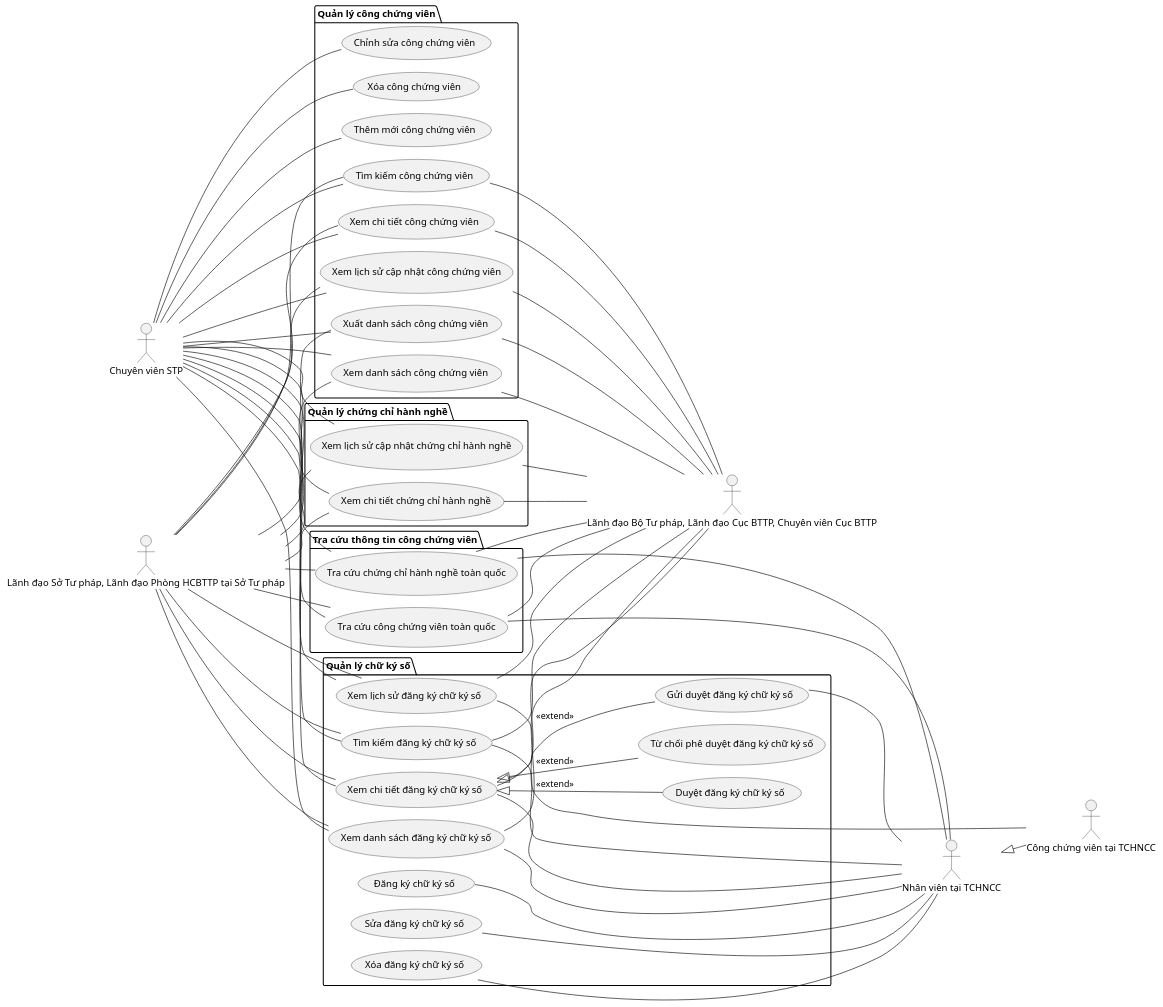
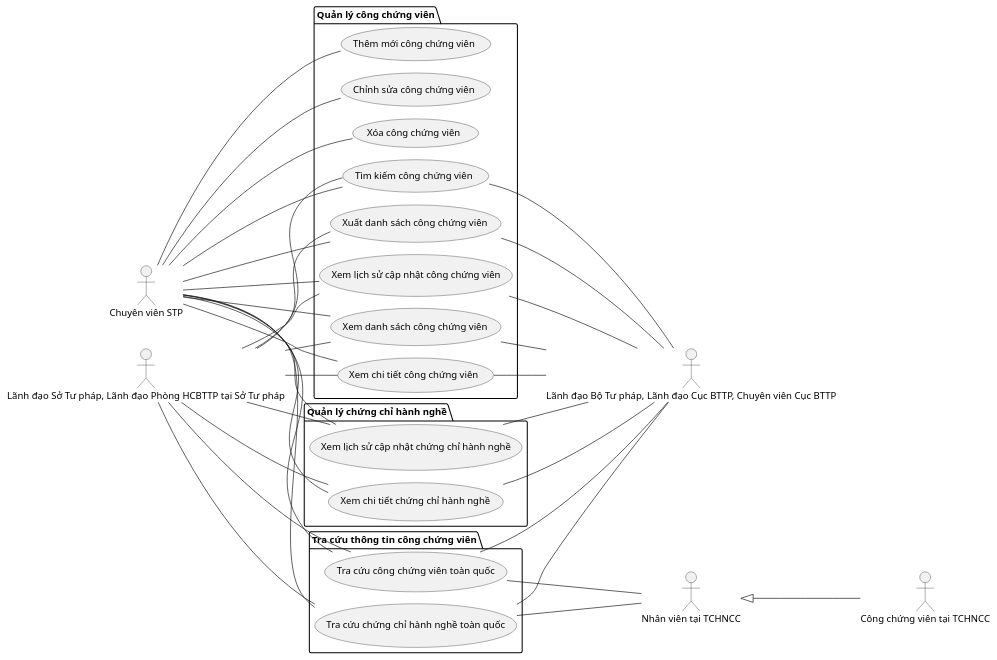
The diagram in ba/[NDS-E-00046] Quản lý thông tin công chứng viên/4.usecases.puml (phuongpm23/nds-docs-test), drawn with PlantUML before and after one commit. The commit also changed 7 other files, not shown here.

```diff
--- a/ba/[NDS-E-00046] Quản lý thông tin công chứng viên/4.usecases.puml
+++ b/ba/[NDS-E-00046] Quản lý thông tin công chứng viên/4.usecases.puml
@@ -1,129 +1,85 @@
 @startuml
 !pragma layout smetana
 left to right direction
 
 '==================== Actors ====================
 actor "Chuyên viên STP" as CVSTP
 actor "Lãnh đạo Sở Tư pháp, Lãnh đạo Phòng HCBTTP tại Sở Tư pháp" as LeaderSTP
 actor "Lãnh đạo Bộ Tư pháp, Lãnh đạo Cục BTTP, Chuyên viên Cục BTTP" as LeaderBTP
 actor "Công chứng viên tại TCHNCC" as CCV
 actor "Nhân viên tại TCHNCC" as Staff
 
 '==================== Quản lý công chứng viên ====================
 package "Quản lý công chứng viên" as P_CCVMgmt {
     usecase "Xem danh sách công chứng viên" as UC_CCV_List
     usecase "Xem chi tiết công chứng viên" as UC_CCV_Detail
     usecase "Thêm mới công chứng viên" as UC_CCV_Create
     usecase "Chỉnh sửa công chứng viên" as UC_CCV_Update
     usecase "Xóa công chứng viên" as UC_CCV_Delete
     usecase "Tìm kiếm công chứng viên" as UC_CCV_Search
     usecase "Xuất danh sách công chứng viên" as UC_CCV_Export
     usecase "Xem lịch sử cập nhật công chứng viên" as UC_CCV_History
 }
 
 '==================== Quản lý chứng chỉ hành nghề ====================
 package "Quản lý chứng chỉ hành nghề" as P_CertMgmt {
     usecase "Xem lịch sử cập nhật chứng chỉ hành nghề" as UC_ChungChi_History
     usecase "Xem chi tiết chứng chỉ hành nghề" as UC_ChungChi_Detail
 }
 
-'==================== Quản lý chữ ký số ====================
-package "Quản lý chữ ký số" as P_DigitalSign {
-    usecase "Xem danh sách đăng ký chữ ký số" as UC_Sign_List
-    usecase "Xem chi tiết đăng ký chữ ký số" as UC_Sign_Detail
-    usecase "Tìm kiếm đăng ký chữ ký số" as UC_Sign_Search
-    usecase "Đăng ký chữ ký số" as UC_Sign_Create
-    usecase "Sửa đăng ký chữ ký số" as UC_Sign_Update
-    usecase "Xóa đăng ký chữ ký số" as UC_Sign_Delete
-    usecase "Duyệt đăng ký chữ ký số" as UC_Sign_Approve
-    usecase "Từ chối phê duyệt đăng ký chữ ký số" as UC_Sign_Reject
-    usecase "Gửi duyệt đăng ký chữ ký số" as UC_Sign_Submit
-    usecase "Xem lịch sử đăng ký chữ ký số" as UC_Sign_History
-}
-
 '==================== Tra cứu thông tin công chứng viên ====================
 package "Tra cứu thông tin công chứng viên" as P_Search {
     usecase "Tra cứu công chứng viên toàn quốc" as UC_CCV_Lookup
     usecase "Tra cứu chứng chỉ hành nghề toàn quốc" as UC_ChungChi_Lookup
 }
 
 '==================== Liên kết Actor → UC ====================
 ' Chuyên viên STP
 CVSTP -- UC_CCV_List
 CVSTP -- UC_CCV_Detail
 CVSTP -- UC_CCV_Create
 CVSTP -- UC_CCV_Update
 CVSTP -- UC_CCV_Delete
 CVSTP -- UC_CCV_Search
 CVSTP -- UC_CCV_Export
 CVSTP -- UC_CCV_History
 
 CVSTP -- UC_ChungChi_History
 CVSTP -- UC_ChungChi_Detail
 
-CVSTP -- UC_Sign_List
-CVSTP -- UC_Sign_Detail
-CVSTP -- UC_Sign_Search
-CVSTP -- UC_Sign_History
-
 CVSTP -- UC_CCV_Lookup
 CVSTP -- UC_ChungChi_Lookup
 
 ' Lãnh đạo Sở Tư pháp / Phòng HCBTTP
 LeaderSTP -- UC_CCV_List
 LeaderSTP -- UC_CCV_Detail
 LeaderSTP -- UC_CCV_Search
 LeaderSTP -- UC_CCV_Export
 LeaderSTP -- UC_CCV_History
 
 LeaderSTP -- UC_ChungChi_History
 LeaderSTP -- UC_ChungChi_Detail
-
-LeaderSTP -- UC_Sign_List
-LeaderSTP -- UC_Sign_Detail
-LeaderSTP -- UC_Sign_Search
-LeaderSTP -- UC_Sign_History
 
 LeaderSTP -- UC_CCV_Lookup
 LeaderSTP -- UC_ChungChi_Lookup
 
 ' Lãnh đạo Bộ Tư pháp / Cục BTTP / Chuyên viên Cục BTTP
 UC_CCV_List -- LeaderBTP
 UC_CCV_Detail -- LeaderBTP
 UC_CCV_Search -- LeaderBTP
 UC_CCV_Export -- LeaderBTP
 UC_CCV_History -- LeaderBTP
 
 UC_ChungChi_History -- LeaderBTP
 UC_ChungChi_Detail -- LeaderBTP
 
-UC_Sign_List -- LeaderBTP
-UC_Sign_Detail -- LeaderBTP
-UC_Sign_Search -- LeaderBTP
-UC_Sign_History -- LeaderBTP
-
 UC_CCV_Lookup -- LeaderBTP
 UC_ChungChi_Lookup -- LeaderBTP
 
 ' Công chứng viên tại TCHNCC
 Staff <|-- CCV
-UC_Sign_History -- CCV
-
 
 ' Nhân viên tại TCHNCC
-UC_Sign_List -- Staff
-UC_Sign_Detail -- Staff
-UC_Sign_Search -- Staff
-UC_Sign_Create -- Staff
-UC_Sign_Update -- Staff
-UC_Sign_Delete -- Staff
-UC_Sign_Submit -- Staff
-
 UC_CCV_Lookup -- Staff
 UC_ChungChi_Lookup -- Staff
-
-'==================== Use Case Extend ====================
-UC_Sign_Detail <|-- UC_Sign_Approve : <<extend>>
-UC_Sign_Detail <|-- UC_Sign_Reject  : <<extend>>
-UC_Sign_Detail <|-- UC_Sign_Submit  : <<extend>>
 @enduml
```
